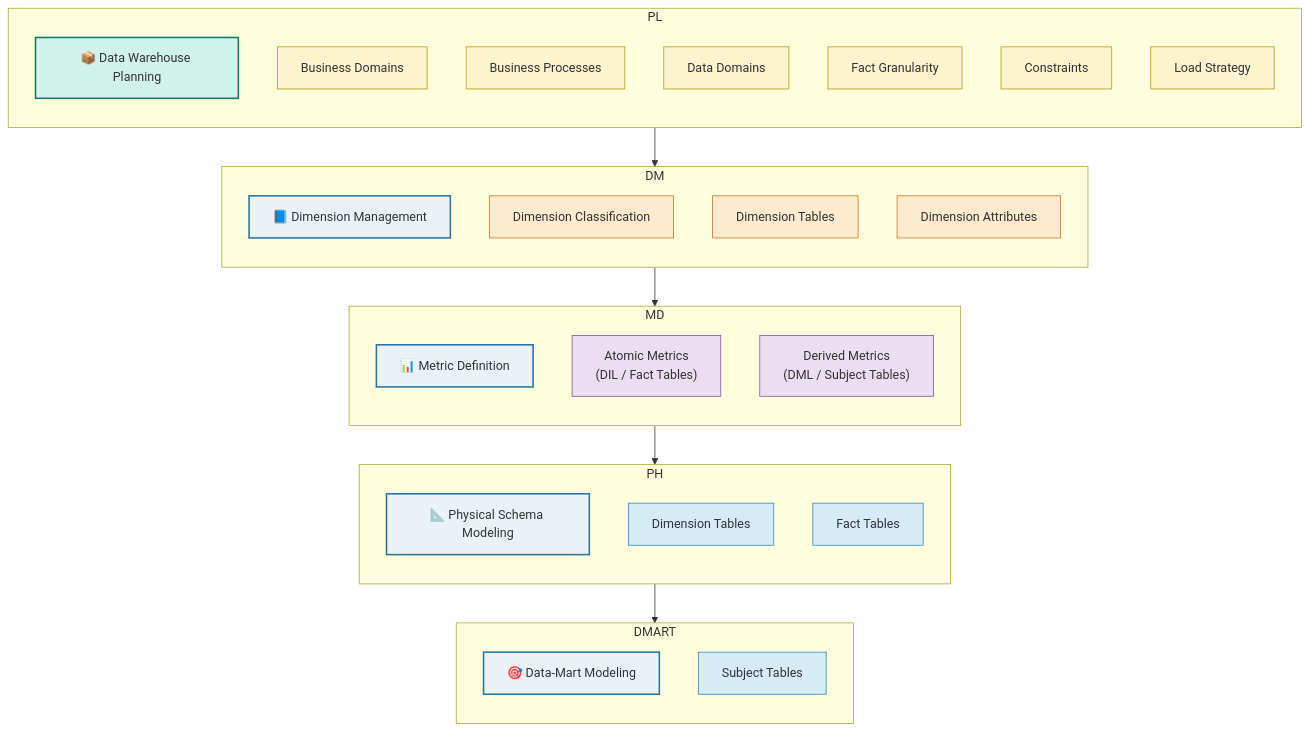
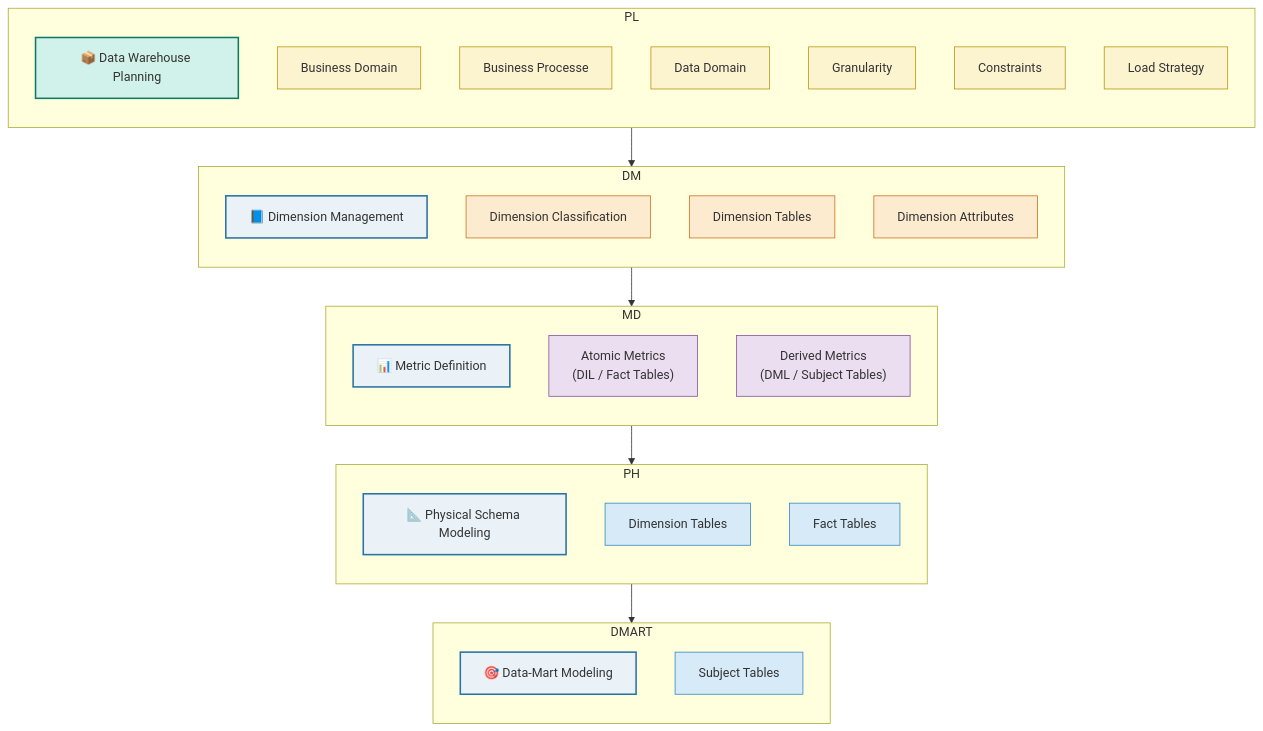
Before and after one commit to blaire101/data-warehouse-solutions: the first of 6 diagrams in README.md, drawn with Mermaid.

````diff
--- a/README.md
+++ b/README.md
@@ -23,61 +23,61 @@
 ```mermaid
 flowchart TB
 
 %% Planning
 subgraph PL["PL"]
   direction TB
   Data_Warehouse_Planning["📦 Data Warehouse Planning"]:::topNode
-  PL1["Business Domains"]:::subgroupNode
-  PL2["Business Processes"]:::subgroupNode
-  PL3["Data Domains"]:::subgroupNode
-  PL5["Fact Granularity"]:::subgroupNode
+  PL1["Business Domain"]:::subgroupNode
+  PL2["Business Processe"]:::subgroupNode
+  PL3["Data Domain"]:::subgroupNode
+  PL5["Granularity"]:::subgroupNode
   PL6["Constraints"]:::subgroupNode
   PL7["Load Strategy"]:::subgroupNode
 end
 
 %% Dimension Management
 subgraph DM["DM"]
   direction TB
   Dimension_Management["📘 Dimension Management"]:::secondNode
   DM1["Dimension Classification"]:::yellowNode
   DM2["Dimension Tables"]:::yellowNode
   DM3["Dimension Attributes"]:::yellowNode
 end
 
 %% Metric Definition
 subgraph MD["MD"]
   direction TB
   Metric_Definition["📊 Metric Definition"]:::secondNode
   AM["Atomic Metrics<br>(DIL / Fact Tables)"]:::purpleNode
   DER["Derived Metrics<br>(DML / Subject Tables)"]:::purpleNode
 end
 
 %% Physical Schema Modeling
 subgraph PH["PH"]
   direction TB
   Schema_Physical["📐 Physical Schema Modeling"]:::secondNode
   SM1["Dimension Tables"]:::blueNode
   SM2["Fact Tables"]:::blueNode
 end
 
 %% Data‑Mart / Subject Modeling
 subgraph DMART["DMART"]
   direction TB
   Data_Mart["🎯 Data‑Mart Modeling"]:::secondNode
   SM3["Subject Tables"]:::blueNode
 end
 
 %% End‑to‑end Flow
 Data_Warehouse_Planning --> Dimension_Management
 Dimension_Management   --> Metric_Definition
 Metric_Definition      --> Schema_Physical
 Schema_Physical        --> Data_Mart
 
 %% Styling
 classDef topNode      fill:#D1F2EB,stroke:#117A65,stroke-width:2px;
 classDef secondNode   fill:#EAF2F8,stroke:#2874A6,stroke-width:2px;
 classDef subgroupNode fill:#FCF3CF,stroke:#B7950B,stroke-width:1px;
 classDef yellowNode   fill:#FDEBD0,stroke:#CA6F1E,stroke-width:1px;
 classDef purpleNode   fill:#EBDEF0,stroke:#884EA0,stroke-width:1px;
 classDef blueNode     fill:#D6EAF8,stroke:#2E86C1,stroke-width:1px;
 ```
````
